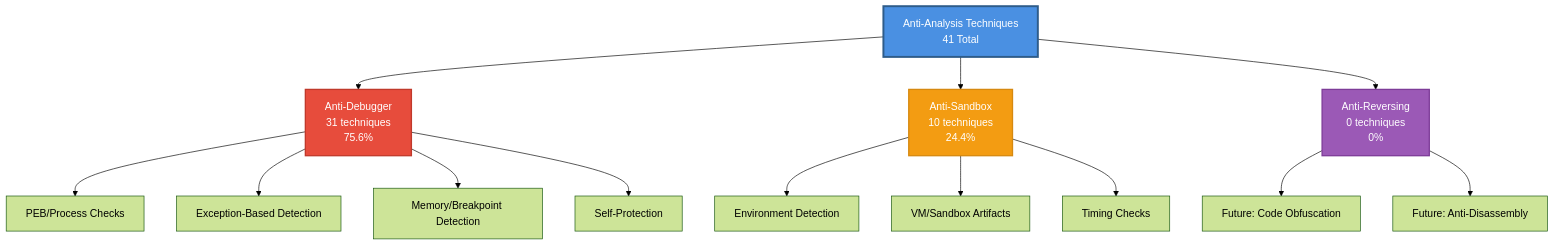
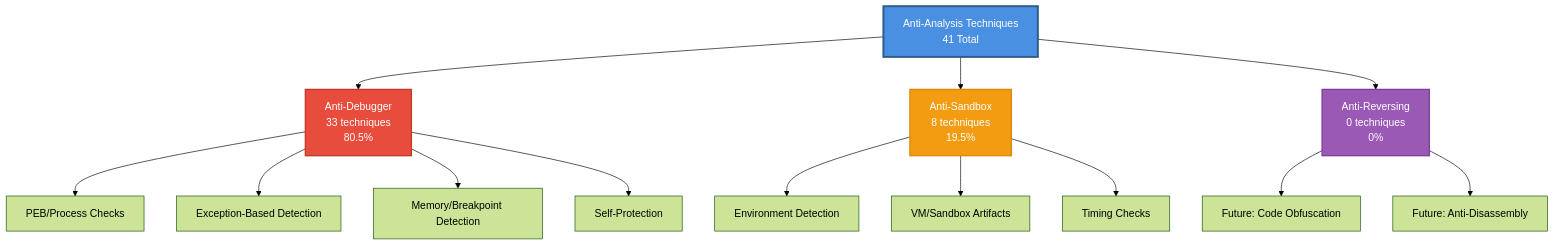
One commit to mabj/anti changed the diagram in README.md. Above: the diagram before and after it, drawn with Mermaid (forest theme). The commit also changed other lines of this file and 15 other files, not shown here.

````diff
--- a/README.md
+++ b/README.md
@@ -69,23 +69,23 @@
 ```mermaid
 graph TB
-    A[Anti-Analysis Techniques<br/>41 Total] --> B[Anti-Debugger<br/>31 techniques<br/>75.6%]
-    A --> C[Anti-Sandbox<br/>10 techniques<br/>24.4%]
+    A[Anti-Analysis Techniques<br/>41 Total] --> B[Anti-Debugger<br/>33 techniques<br/>80.5%]
+    A --> C[Anti-Sandbox<br/>8 techniques<br/>19.5%]
     A --> D[Anti-Reversing<br/>0 techniques<br/>0%]
 
     B --> B1[PEB/Process Checks]
     B --> B2[Exception-Based Detection]
     B --> B3[Memory/Breakpoint Detection]
     B --> B4[Self-Protection]
 
     C --> C1[Environment Detection]
     C --> C2[VM/Sandbox Artifacts]
     C --> C3[Timing Checks]
 
     D --> D1[Future: Code Obfuscation]
     D --> D2[Future: Anti-Disassembly]
 
     style A fill:#4A90E2,stroke:#2E5C8A,stroke-width:3px,color:#fff
     style B fill:#E74C3C,stroke:#C0392B,stroke-width:2px,color:#fff
     style C fill:#F39C12,stroke:#D68910,stroke-width:2px,color:#fff
     style D fill:#9B59B6,stroke:#7D3C98,stroke-width:2px,color:#fff
 ```
````
